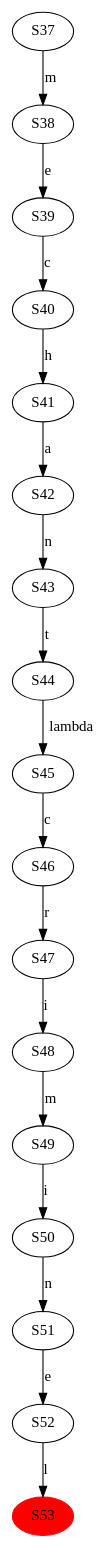
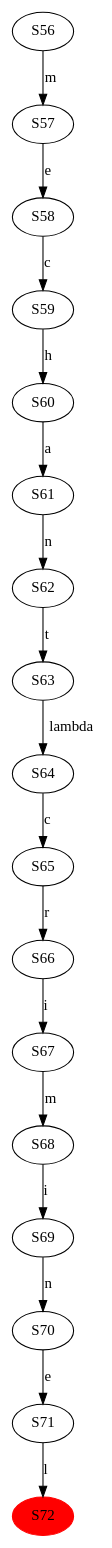
Before and after one commit to Adpa18/RushHell: the diagram in purgatory/etape6/concat.dot, drawn with Graphviz. The commit also changed 10 other files, not shown here.

```diff
--- a/purgatory/etape6/concat.dot
+++ b/purgatory/etape6/concat.dot
@@ -1,19 +1,19 @@
 digraph fsa {
-  S37 -> S38 [label="m"];
-  S38 -> S39 [label="e"];
-  S39 -> S40 [label="c"];
-  S40 -> S41 [label="h"];
-  S41 -> S42 [label="a"];
-  S42 -> S43 [label="n"];
-  S43 -> S44 [label="t"];
-  S44 -> S45 [label="lambda"];
-  S45 -> S46 [label="c"];
-  S46 -> S47 [label="r"];
-  S47 -> S48 [label="i"];
-  S48 -> S49 [label="m"];
-  S49 -> S50 [label="i"];
-  S50 -> S51 [label="n"];
-  S51 -> S52 [label="e"];
-  S52 -> S53 [label="l"];
-  S53 [style="filled" color="red"]
+  S56 -> S57 [label="m"];
+  S57 -> S58 [label="e"];
+  S58 -> S59 [label="c"];
+  S59 -> S60 [label="h"];
+  S60 -> S61 [label="a"];
+  S61 -> S62 [label="n"];
+  S62 -> S63 [label="t"];
+  S63 -> S64 [label="lambda"];
+  S64 -> S65 [label="c"];
+  S65 -> S66 [label="r"];
+  S66 -> S67 [label="i"];
+  S67 -> S68 [label="m"];
+  S68 -> S69 [label="i"];
+  S69 -> S70 [label="n"];
+  S70 -> S71 [label="e"];
+  S71 -> S72 [label="l"];
+  S72 [style="filled" color="red"]
 }
```
